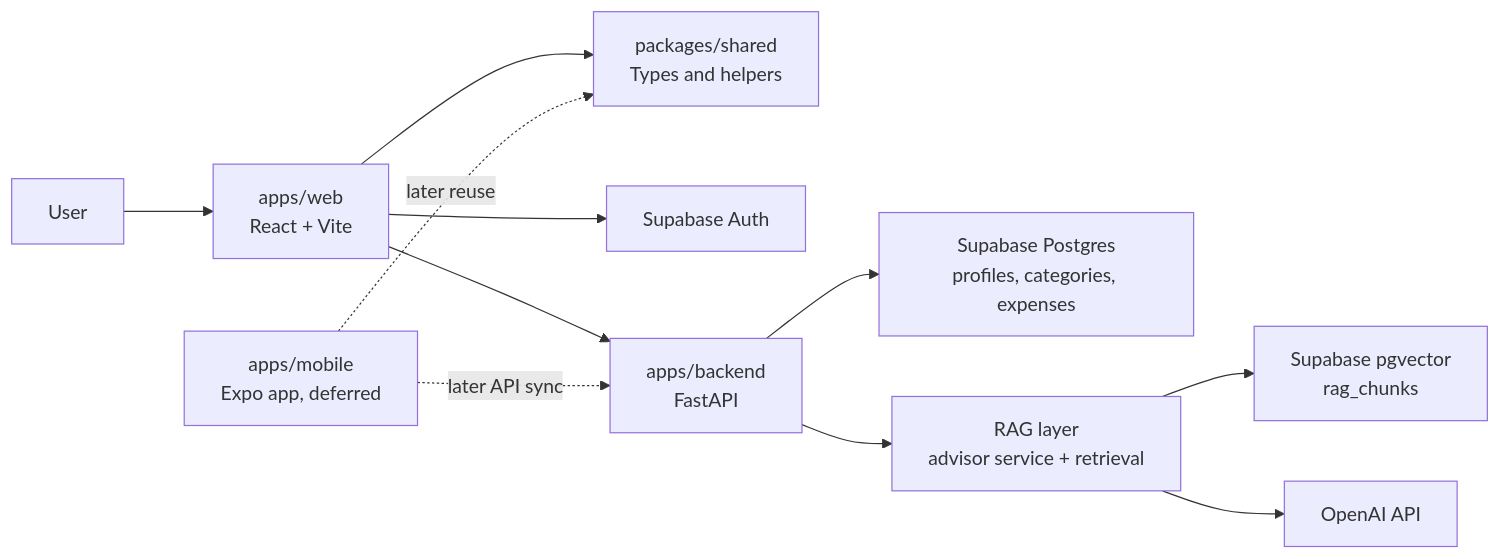
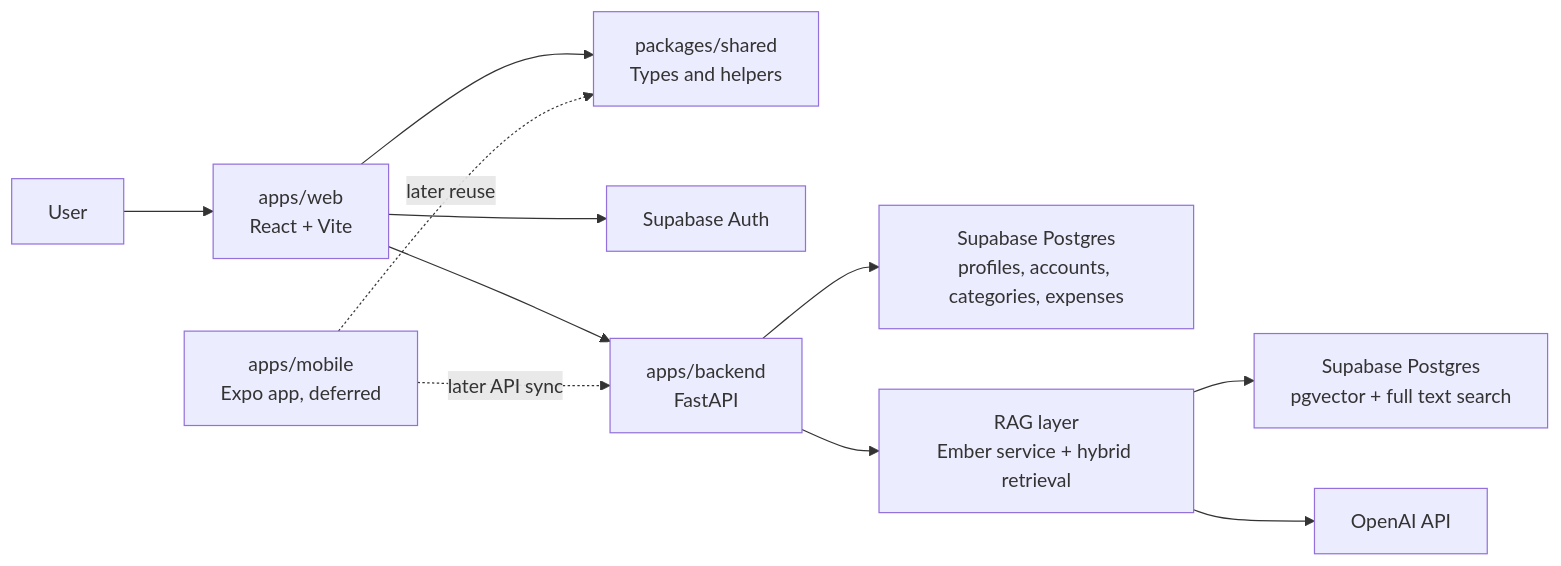
The first of 6 diagrams in README.md (YongHui-X/fireBuddy), drawn with Mermaid before and after one commit. The commit also changed other lines of this file and 110 other files, not shown here.

````diff
--- a/README.md
+++ b/README.md
@@ -23,15 +23,15 @@
 ```mermaid
 flowchart LR
   user["User"] --> web["apps/web<br/>React + Vite"]
   web --> shared["packages/shared<br/>Types and helpers"]
   web --> auth["Supabase Auth"]
   web --> backend["apps/backend<br/>FastAPI"]
 
-  backend --> appDb["Supabase Postgres<br/>profiles, categories, expenses"]
-  backend --> rag["RAG layer<br/>advisor service + retrieval"]
-  rag --> vectorDb["Supabase pgvector<br/>rag_chunks"]
+  backend --> appDb["Supabase Postgres<br/>profiles, accounts, categories, expenses"]
+  backend --> rag["RAG layer<br/>Ember service + hybrid retrieval"]
+  rag --> vectorDb["Supabase Postgres<br/>pgvector + full text search"]
   rag --> openai["OpenAI API"]
 
   mobile["apps/mobile<br/>Expo app, deferred"] -. later reuse .-> shared
   mobile -. later API sync .-> backend
 ```
````
